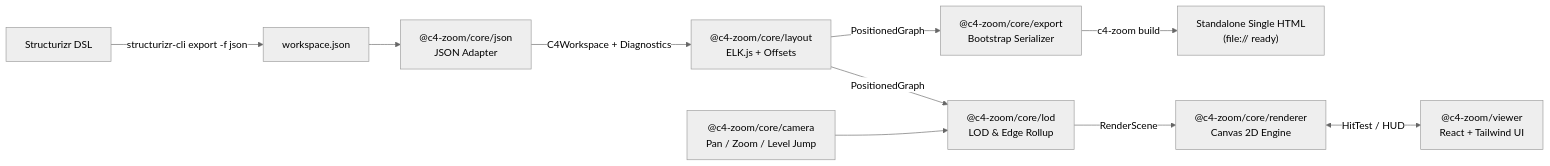
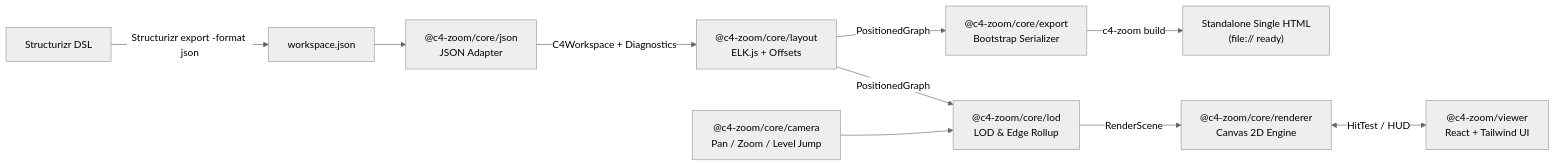
The diagram in docs/design.md (ta-dadadada/c4-zoom), drawn with Mermaid (neutral theme) before and after one commit. The commit also changed other lines of this file and 153 other files, not shown here.

Commit message:
feat: v1.0 monorepo, official workspace.json input, single-HTML export, C4 level quick-jump, and CI/Pages setup

````diff
--- a/docs/design.md
+++ b/docs/design.md
@@ -291,12 +291,12 @@
 ```mermaid
 flowchart LR
-    DSL["Structurizr DSL"] -->|"structurizr-cli export -f json"| JSON["workspace.json"]
+    DSL["Structurizr DSL"] -->|"Structurizr export -format json"| JSON["workspace.json"]
     JSON --> Adapter["@c4-zoom/core/json<br/>JSON Adapter"]
     Adapter -->|"C4Workspace + Diagnostics"| Layout["@c4-zoom/core/layout<br/>ELK.js + Offsets"]
     Layout -->|"PositionedGraph"| Export["@c4-zoom/core/export<br/>Bootstrap Serializer"]
     Export -->|"c4-zoom build"| SingleHTML["Standalone Single HTML<br/>(file:// ready)"]
     Layout -->|"PositionedGraph"| LOD["@c4-zoom/core/lod<br/>LOD & Edge Rollup"]
     Camera["@c4-zoom/core/camera<br/>Pan / Zoom / Level Jump"] --> LOD
     LOD -->|"RenderScene"| Renderer["@c4-zoom/core/renderer<br/>Canvas 2D Engine"]
     Renderer <-->|"HitTest / HUD"| Viewer["@c4-zoom/viewer<br/>React + Tailwind UI"]
 ```
````
